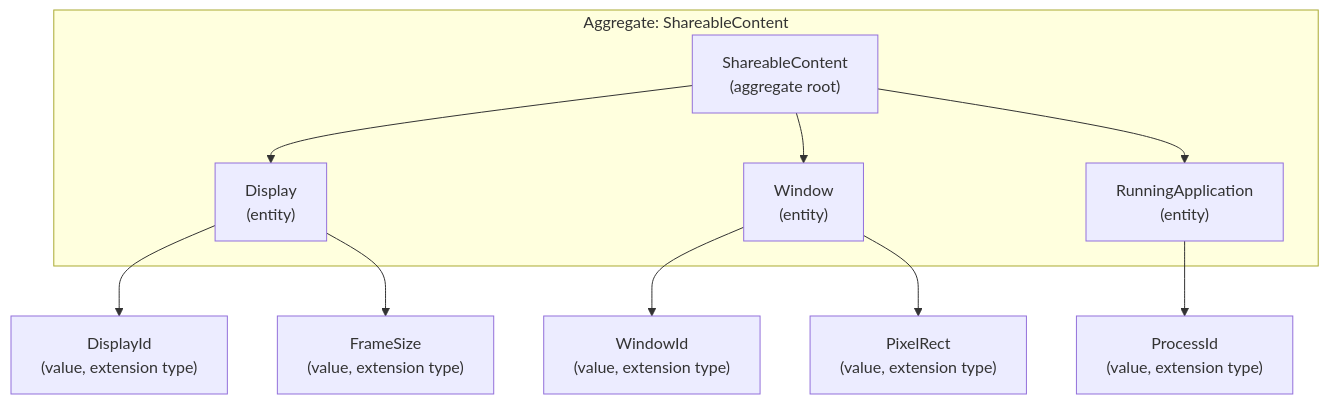
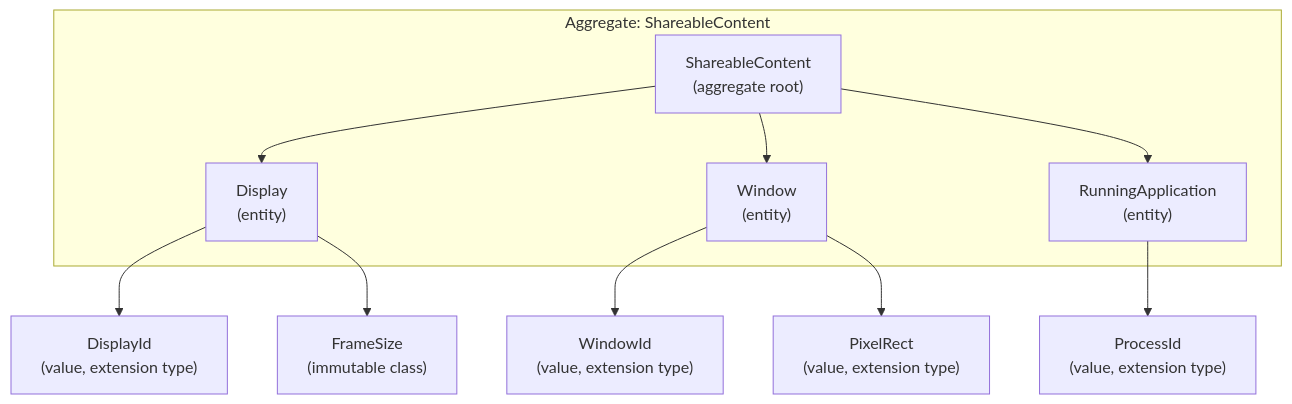
The first of 2 diagrams in doc/domain-model.md (blendfactory/screen-capture-kit), drawn with Mermaid before and after one commit. The commit also changed other lines of this file and 3 other files, not shown here.

````diff
--- a/doc/domain-model.md
+++ b/doc/domain-model.md
@@ -25,14 +25,14 @@
 ```mermaid
 flowchart TB
   subgraph Aggregate["Aggregate: ShareableContent"]
     AR["ShareableContent\n(aggregate root)"]
     AR --> E1["Display\n(entity)"]
     AR --> E2["Window\n(entity)"]
     AR --> E3["RunningApplication\n(entity)"]
   end
   E1 --> VO_D["DisplayId\n(value, extension type)"]
-  E1 --> VO_S["FrameSize\n(value, extension type)"]
+  E1 --> VO_S["FrameSize\n(immutable class)"]
   E2 --> VO_W["WindowId\n(value, extension type)"]
   E2 --> VO_R["PixelRect\n(value, extension type)"]
   E3 --> VO_P["ProcessId\n(value, extension type)"]
 ```
````
